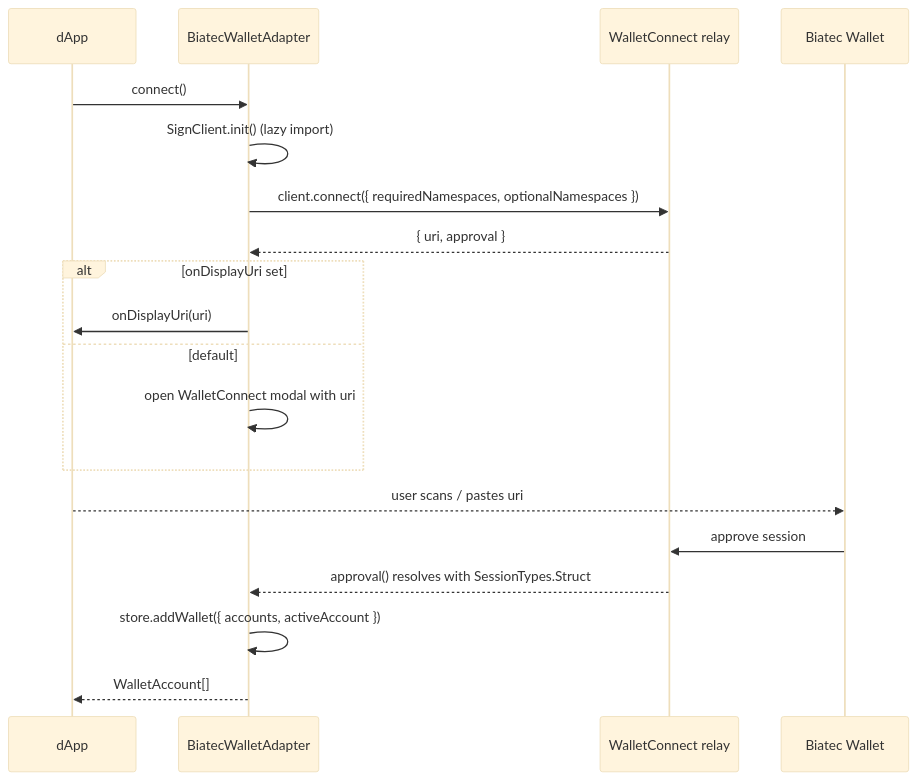
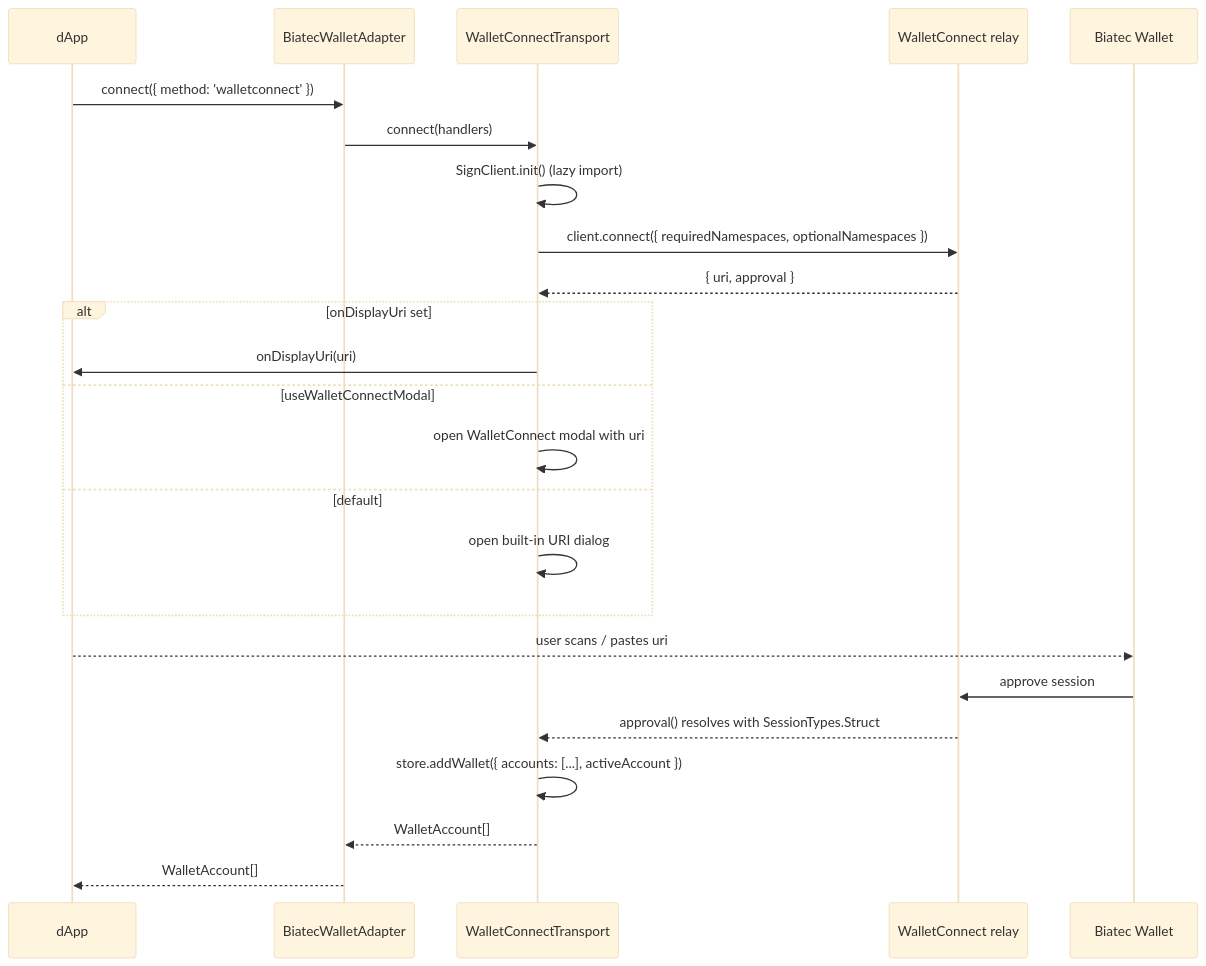
Before and after one commit to scholtz/biatec-wallet-use-wallet-client: the first of 2 diagrams in docs/ARCHITECTURE.md, drawn with Mermaid (base theme). The commit also changed other lines of this file and 26 other files, not shown here.

First line of the commit message:
feat: add WalletConnect transport for Biatec Wallet adapter

````diff
--- a/docs/ARCHITECTURE.md
+++ b/docs/ARCHITECTURE.md
@@ -25,22 +67,27 @@
 ```mermaid
 sequenceDiagram
     participant App as dApp
     participant Adapter as BiatecWalletAdapter
+    participant Transport as WalletConnectTransport
     participant WC as WalletConnect relay
     participant Biatec as Biatec Wallet
 
-    App->>Adapter: connect()
-    Adapter->>Adapter: SignClient.init() (lazy import)
-    Adapter->>WC: client.connect({ requiredNamespaces, optionalNamespaces })
-    WC-->>Adapter: { uri, approval }
+    App->>Adapter: connect({ method: 'walletconnect' })
+    Adapter->>Transport: connect(handlers)
+    Transport->>Transport: SignClient.init() (lazy import)
+    Transport->>WC: client.connect({ requiredNamespaces, optionalNamespaces })
+    WC-->>Transport: { uri, approval }
     alt onDisplayUri set
-        Adapter->>App: onDisplayUri(uri)
+        Transport->>App: onDisplayUri(uri)
+    else useWalletConnectModal
+        Transport->>Transport: open WalletConnect modal with uri
     else default
-        Adapter->>Adapter: open WalletConnect modal with uri
+        Transport->>Transport: open built-in URI dialog
     end
     App-->>Biatec: user scans / pastes uri
     Biatec->>WC: approve session
-    WC-->>Adapter: approval() resolves with SessionTypes.Struct
-    Adapter->>Adapter: store.addWallet({ accounts, activeAccount })
+    WC-->>Transport: approval() resolves with SessionTypes.Struct
+    Transport->>Transport: store.addWallet({ accounts: [...], activeAccount })
+    Transport-->>Adapter: WalletAccount[]
     Adapter-->>App: WalletAccount[]
 ```
````
